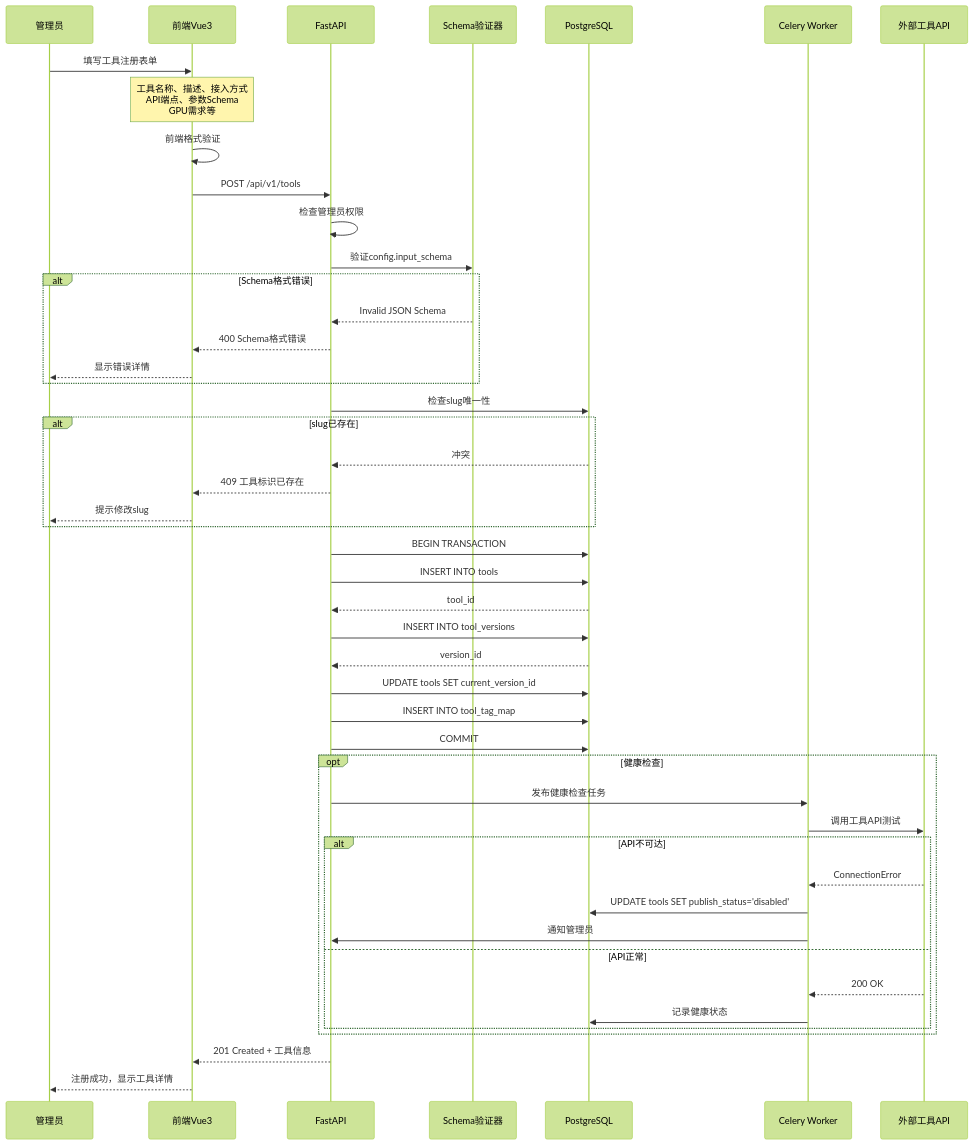
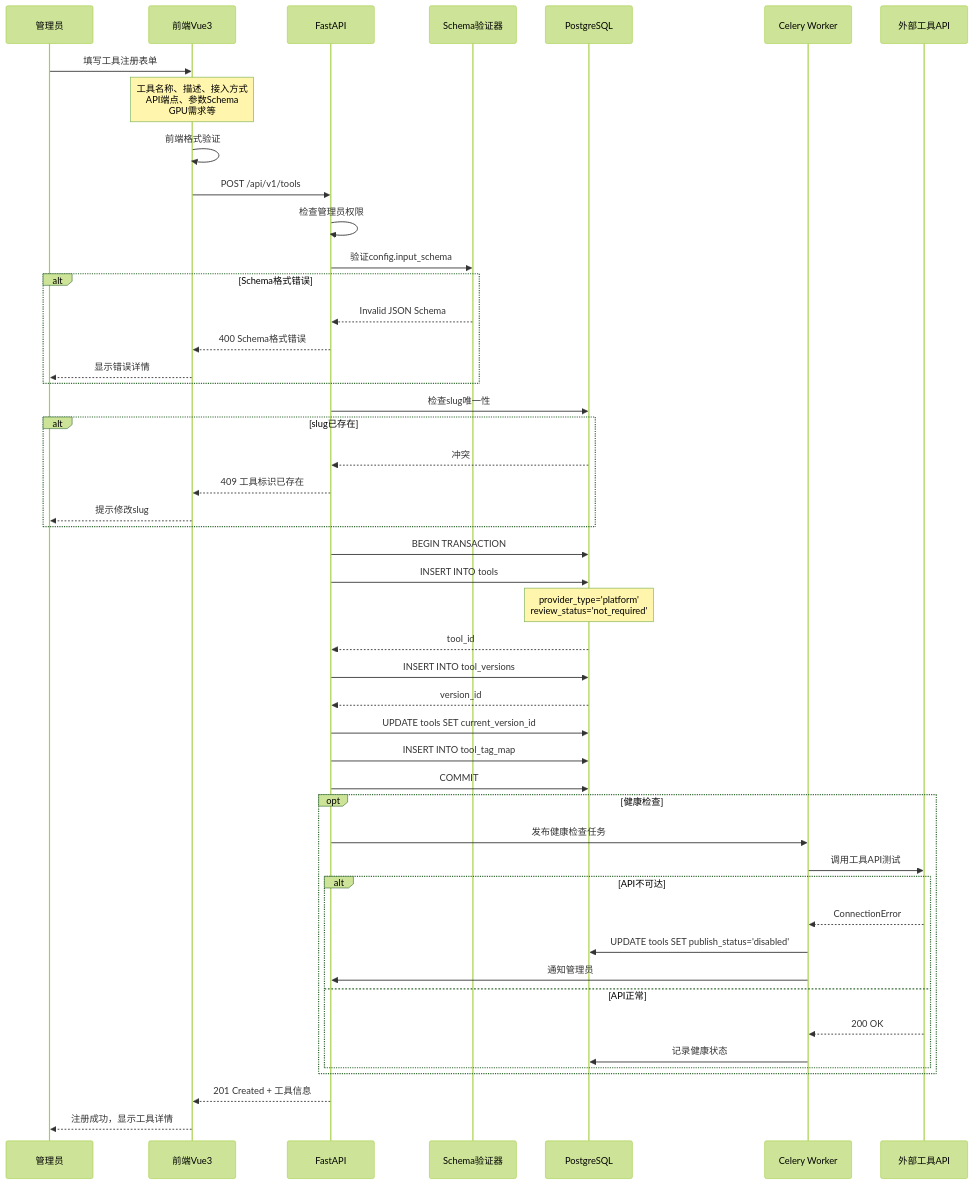
One commit to zyc6665/cnpharm-aidd changed the fifth of 13 diagrams in docs/design/04-详细设计说明书.md. Above: the diagram before and after it, drawn with Mermaid (forest theme). The commit also changed other lines of this file and 288 other files, not shown here.

````diff
--- a/docs/design/04-详细设计说明书.md
+++ b/docs/design/04-详细设计说明书.md
@@ -260,61 +318,62 @@
 ```mermaid
 sequenceDiagram
     participant A as 管理员
     participant F as 前端Vue3
     participant API as FastAPI
     participant V as Schema验证器
     participant D as PostgreSQL
     participant C as Celery Worker
     participant E as 外部工具API
 
     A->>F: 填写工具注册表单
     Note over F: 工具名称、描述、接入方式<br/>API端点、参数Schema<br/>GPU需求等
 
     F->>F: 前端格式验证
     F->>API: POST /api/v1/tools
     API->>API: 检查管理员权限
 
     API->>V: 验证config.input_schema
 
     alt Schema格式错误
         V-->>API: Invalid JSON Schema
         API-->>F: 400 Schema格式错误
         F-->>A: 显示错误详情
     end
 
     API->>D: 检查slug唯一性
 
     alt slug已存在
         D-->>API: 冲突
         API-->>F: 409 工具标识已存在
         F-->>A: 提示修改slug
     end
 
     API->>D: BEGIN TRANSACTION
     API->>D: INSERT INTO tools
+    Note over D: provider_type='platform'<br/>review_status='not_required'
     D-->>API: tool_id
 
     API->>D: INSERT INTO tool_versions
     D-->>API: version_id
 
     API->>D: UPDATE tools SET current_version_id
     API->>D: INSERT INTO tool_tag_map
     API->>D: COMMIT
 
     opt 健康检查
         API->>C: 发布健康检查任务
         C->>E: 调用工具API测试
 
         alt API不可达
             E-->>C: ConnectionError
             C->>D: UPDATE tools SET publish_status='disabled'
             C->>API: 通知管理员
         else API正常
             E-->>C: 200 OK
             C->>D: 记录健康状态
         end
     end
 
     API-->>F: 201 Created + 工具信息
     F-->>A: 注册成功，显示工具详情
 ```
````
